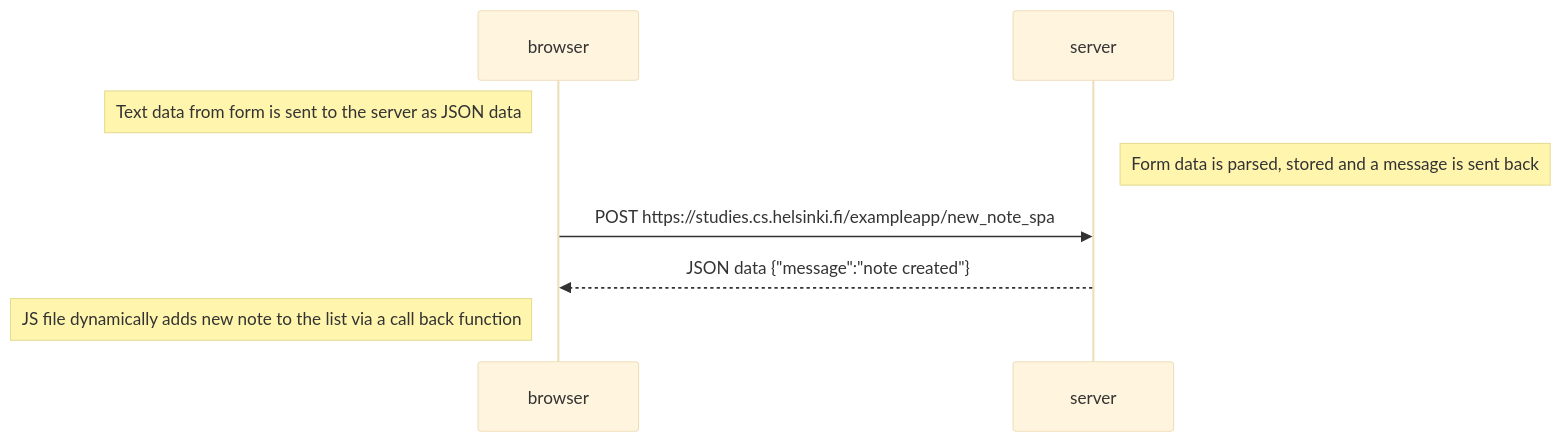
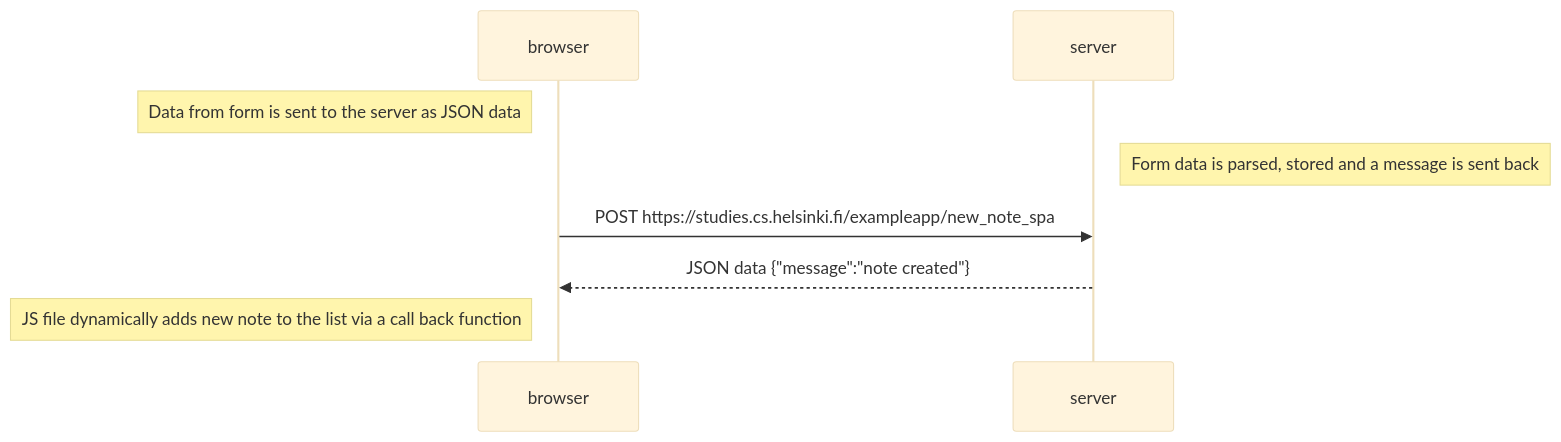
Before and after one commit to developer-shirwyn-git/University-full-stack-project: the diagram in part_0/0_6_new_note_in_single_page_app_diagram.md, drawn with Mermaid (base theme). The commit also changed 1 other file, not shown here.

Commit message:
update wording of notes

````diff
--- a/part_0/0_6_new_note_in_single_page_app_diagram.md
+++ b/part_0/0_6_new_note_in_single_page_app_diagram.md
@@ -1,13 +1,13 @@
 ```mermaid
 sequenceDiagram
   participant browser
   participant server
 
-  Note left of browser: Text data from form is sent to the server as JSON data
+  Note left of browser: Data from form is sent to the server as JSON data
   Note right of server: Form data is parsed, stored and a message is sent back
 
   browser->>server: POST https://studies.cs.helsinki.fi/exampleapp/new_note_spa
   server-->>browser: JSON data {"message":"note created"}
 
   Note left of browser: JS file dynamically adds new note to the list via a call back function
 ```
````
